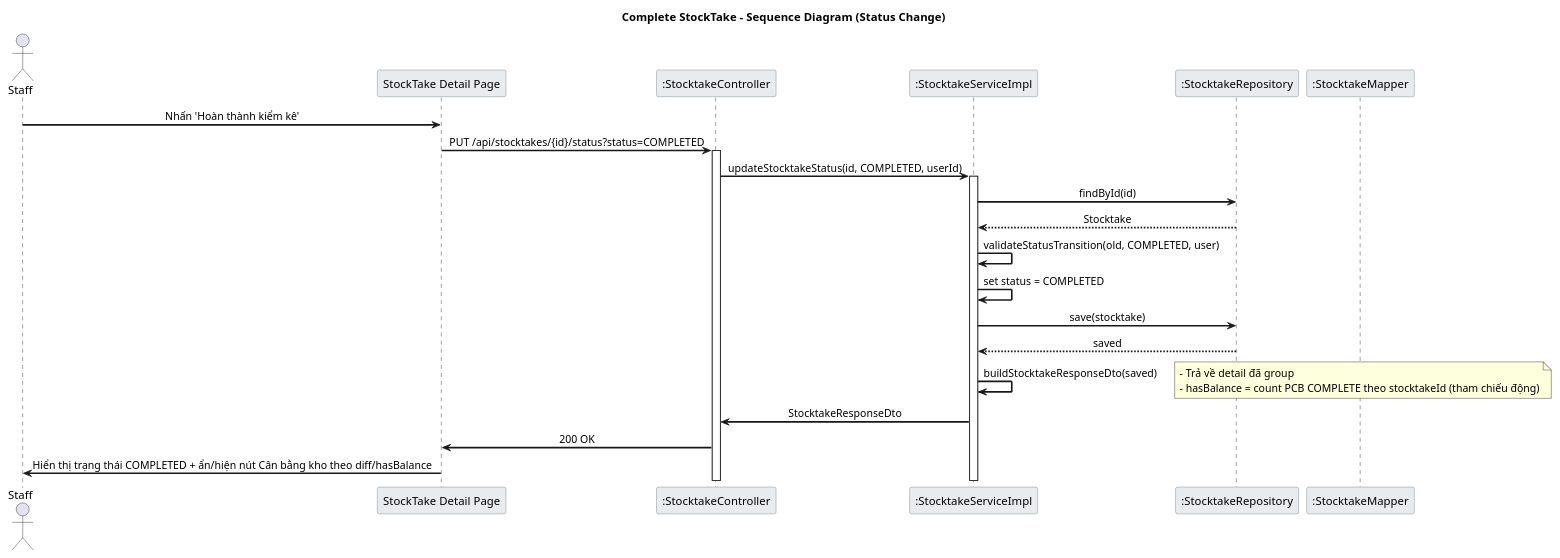
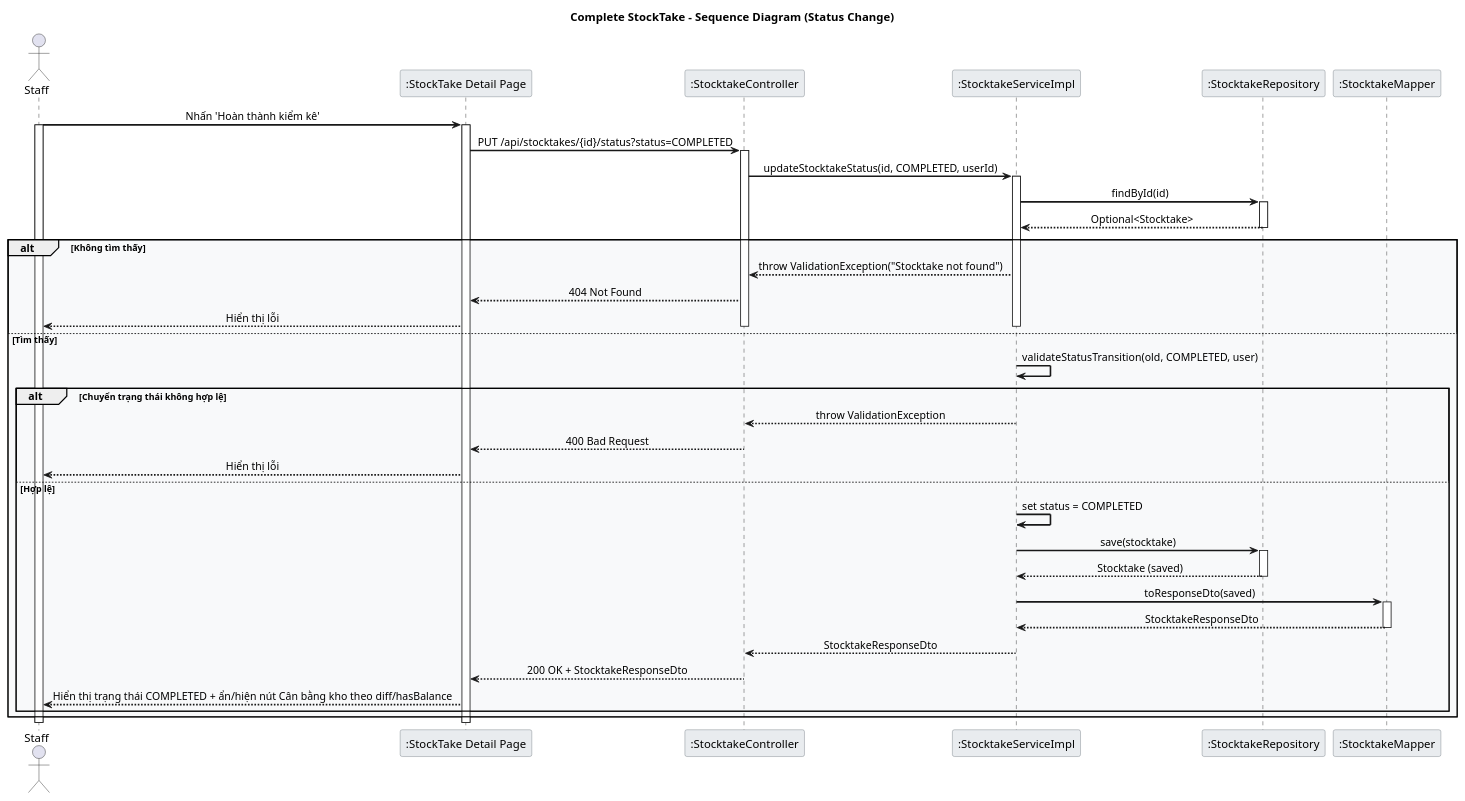
The diagram in Stocktake_Complete_Sequence.puml (LamVNT/Farmovo), drawn with PlantUML before and after one commit. The commit also changed 20 other files, not shown here.

Commit message:
Fix Sequence diagram

```diff
--- a/Stocktake_Complete_Sequence.puml
+++ b/Stocktake_Complete_Sequence.puml
@@ -1,40 +1,68 @@
 @startuml Stocktake_Complete_Sequence
 
 skinparam backgroundColor white
 skinparam sequenceArrowThickness 2
 skinparam sequenceMessageAlign center
 skinparam sequenceGroupBodyBackgroundColor #F8F9FA
 skinparam sequenceParticipantBorderColor #6C757D
 skinparam sequenceParticipantBackgroundColor #E9ECEF
 skinparam sequenceLifeLineStroke dash
 
 title Complete StockTake - Sequence Diagram (Status Change)
 
 actor Staff
-participant "StockTake Detail Page" as UI
+participant ":StockTake Detail Page" as UI
 participant ":StocktakeController" as CC
 participant ":StocktakeServiceImpl" as CS
 participant ":StocktakeRepository" as CR
 participant ":StocktakeMapper" as CM
 
 Staff -> UI : Nhấn 'Hoàn thành kiểm kê'
+activate Staff
+activate UI
 UI -> CC : PUT /api/stocktakes/{id}/status?status=COMPLETED
 activate CC
 CC -> CS : updateStocktakeStatus(id, COMPLETED, userId)
 activate CS
+
 CS -> CR : findById(id)
-CR --> CS : Stocktake
-CS -> CS : validateStatusTransition(old, COMPLETED, user)
-CS -> CS : set status = COMPLETED
-CS -> CR : save(stocktake)
-CR --> CS : saved
-CS -> CS : buildStocktakeResponseDto(saved)
-note right
-  - Trả về detail đã group
-  - hasBalance = count PCB COMPLETE theo stocktakeId (tham chiếu động)
-end note
-CS -> CC : StocktakeResponseDto
-CC -> UI : 200 OK
-UI -> Staff : Hiển thị trạng thái COMPLETED + ẩn/hiện nút Cân bằng kho theo diff/hasBalance
+activate CR
+CR --> CS : Optional<Stocktake>
+deactivate CR
+
+alt Không tìm thấy
+    CS --> CC : throw ValidationException("Stocktake not found")
+    CC --> UI : 404 Not Found
+    UI --> Staff : Hiển thị lỗi
+    deactivate CS
+    deactivate CC
+else Tìm thấy
+    CS -> CS : validateStatusTransition(old, COMPLETED, user)
+    alt Chuyển trạng thái không hợp lệ
+        CS --> CC : throw ValidationException
+        CC --> UI : 400 Bad Request
+        UI --> Staff : Hiển thị lỗi
+        deactivate CS
+        deactivate CC
+    else Hợp lệ
+        CS -> CS : set status = COMPLETED
+        CS -> CR : save(stocktake)
+        activate CR
+        CR --> CS : Stocktake (saved)
+        deactivate CR
+        CS -> CM : toResponseDto(saved)
+        activate CM
+        CM --> CS : StocktakeResponseDto
+        deactivate CM
+        CS --> CC : StocktakeResponseDto
+        deactivate CS
+        CC --> UI : 200 OK + StocktakeResponseDto
+        deactivate CC
+        UI --> Staff : Hiển thị trạng thái COMPLETED + ẩn/hiện nút Cân bằng kho theo diff/hasBalance
+    end
+end
+
+deactivate UI
+deactivate Staff
 
 @enduml 
```
